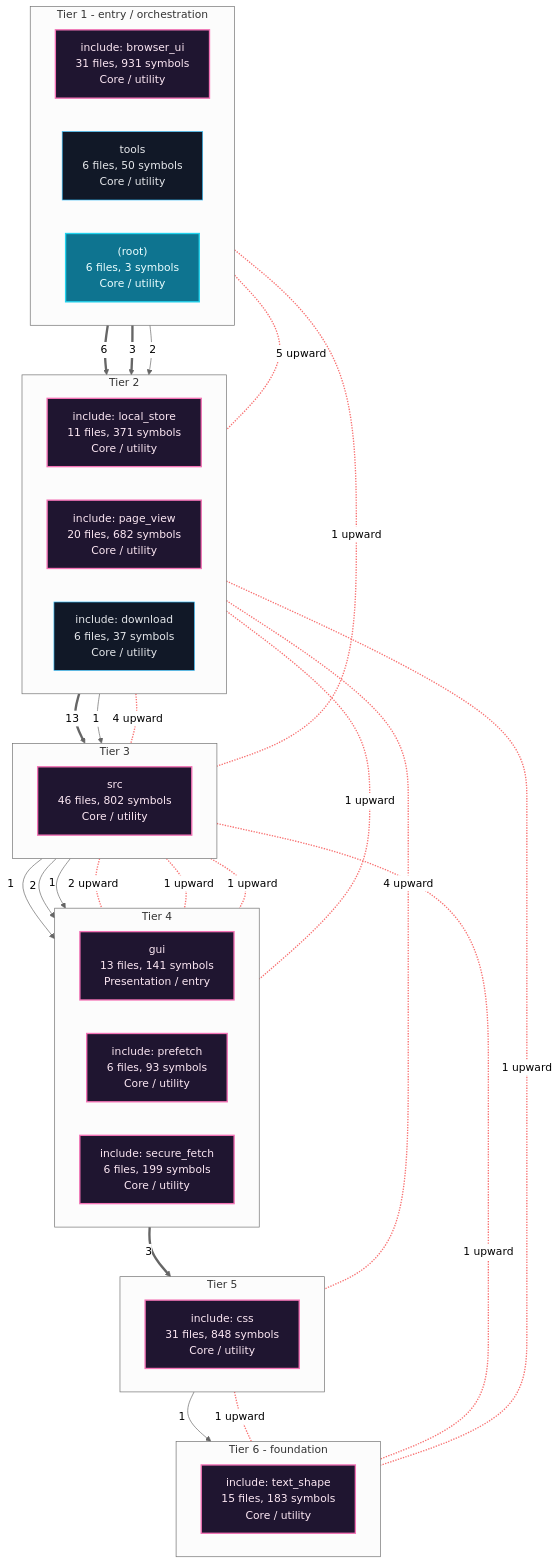
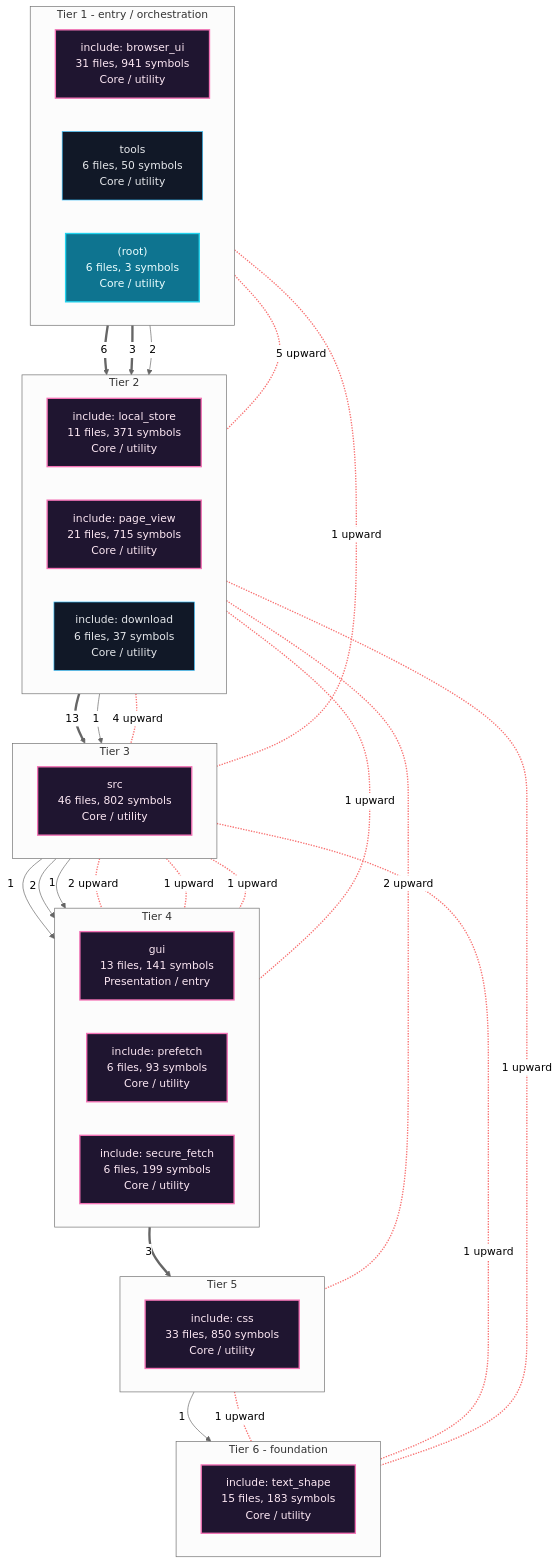
One commit to grisuno/FreeDom changed the first of 7 diagrams in readmenator-apidocs/architecture.md. Above: the diagram before and after it, drawn with Mermaid (neutral theme). The commit also changed other lines of this file and 262 other files, not shown here.

````diff
--- a/readmenator-apidocs/architecture.md
+++ b/readmenator-apidocs/architecture.md
@@ -11,63 +11,63 @@
 ```mermaid
 flowchart TB
     classDef cycle fill:#1f1530,stroke:#f472b6,color:#fce7f3,stroke-width:2px;
     classDef default fill:#111827,stroke:#38bdf8,color:#e5e7eb;
     classDef entry fill:#0e7490,stroke:#22d3ee,color:#ecfeff,stroke-width:2px;
     subgraph lane_0["Tier 1 - entry / orchestration"]
         direction LR
-        n_c1["include: browser_ui<br/>31 files, 931 symbols<br/>Core / utility"]:::cycle
+        n_c2["include: browser_ui<br/>31 files, 941 symbols<br/>Core / utility"]:::cycle
         n_d_tools["tools<br/>6 files, 50 symbols<br/>Core / utility"]:::default
         n_d__root_["(root)<br/>6 files, 3 symbols<br/>Core / utility"]:::entry
     end
     subgraph lane_1["Tier 2"]
         direction LR
         n_c5["include: local_store<br/>11 files, 371 symbols<br/>Core / utility"]:::cycle
-        n_c3["include: page_view<br/>20 files, 682 symbols<br/>Core / utility"]:::cycle
+        n_c3["include: page_view<br/>21 files, 715 symbols<br/>Core / utility"]:::cycle
         n_c8["include: download<br/>6 files, 37 symbols<br/>Core / utility"]:::default
     end
     subgraph lane_2["Tier 3"]
         direction LR
         n_c0["src<br/>46 files, 802 symbols<br/>Core / utility"]:::cycle
     end
     subgraph lane_3["Tier 4"]
         direction LR
         n_c6["gui<br/>13 files, 141 symbols<br/>Presentation / entry"]:::cycle
         n_c9["include: prefetch<br/>6 files, 93 symbols<br/>Core / utility"]:::cycle
         n_c7["include: secure_fetch<br/>6 files, 199 symbols<br/>Core / utility"]:::cycle
     end
     subgraph lane_4["Tier 5"]
         direction LR
-        n_c2["include: css<br/>31 files, 848 symbols<br/>Core / utility"]:::cycle
+        n_c1["include: css<br/>33 files, 850 symbols<br/>Core / utility"]:::cycle
     end
     subgraph lane_5["Tier 6 - foundation"]
         direction LR
         n_c4["include: text_shape<br/>15 files, 183 symbols<br/>Core / utility"]:::cycle
     end
     n_c0 -->|"1"| n_c6
     n_c0 -->|"2"| n_c7
     n_c0 -->|"1"| n_c9
-    n_c1 ==>|"6"| n_c3
-    n_c1 ==>|"3"| n_c5
-    n_c1 -->|"2"| n_c8
-    n_c2 -->|"1"| n_c4
+    n_c1 -->|"1"| n_c4
+    n_c2 ==>|"6"| n_c3
+    n_c2 ==>|"3"| n_c5
+    n_c2 -->|"2"| n_c8
     n_c3 ==>|"13"| n_c0
     n_c5 -->|"1"| n_c0
-    n_c6 ==>|"3"| n_c2
-    n_c1 <-.-|"1 upward"| n_c0
+    n_c6 ==>|"3"| n_c1
+    n_c2 <-.-|"1 upward"| n_c0
     n_c3 <-.-|"4 upward"| n_c0
-    n_c3 <-.-|"4 upward"| n_c2
-    n_c1 <-.-|"5 upward"| n_c3
+    n_c3 <-.-|"2 upward"| n_c1
+    n_c2 <-.-|"5 upward"| n_c3
     n_c0 <-.-|"1 upward"| n_c4
-    n_c2 <-.-|"1 upward"| n_c4
+    n_c1 <-.-|"1 upward"| n_c4
     n_c3 <-.-|"1 upward"| n_c4
     n_c0 <-.-|"2 upward"| n_c6
     n_c3 <-.-|"1 upward"| n_c6
     n_c0 <-.-|"1 upward"| n_c7
     n_c0 <-.-|"1 upward"| n_c9
     linkStyle 10,11,12,13,14,15,16,17,18,19,20 stroke:#f87171,stroke-width:2px;
-    n_c1 ~~~ n_c5
+    n_c2 ~~~ n_c5
     n_c5 ~~~ n_c0
     n_c0 ~~~ n_c6
-    n_c6 ~~~ n_c2
-    n_c2 ~~~ n_c4
+    n_c6 ~~~ n_c1
+    n_c1 ~~~ n_c4
 ```
````
